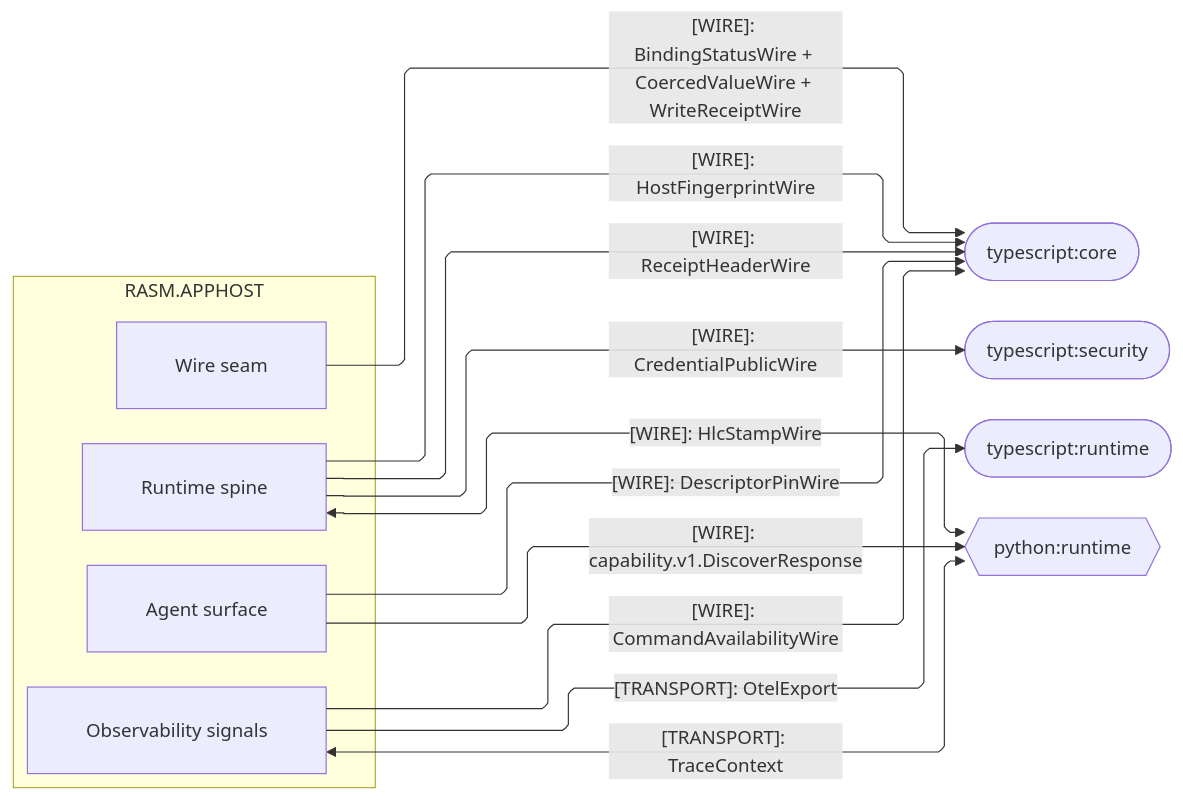
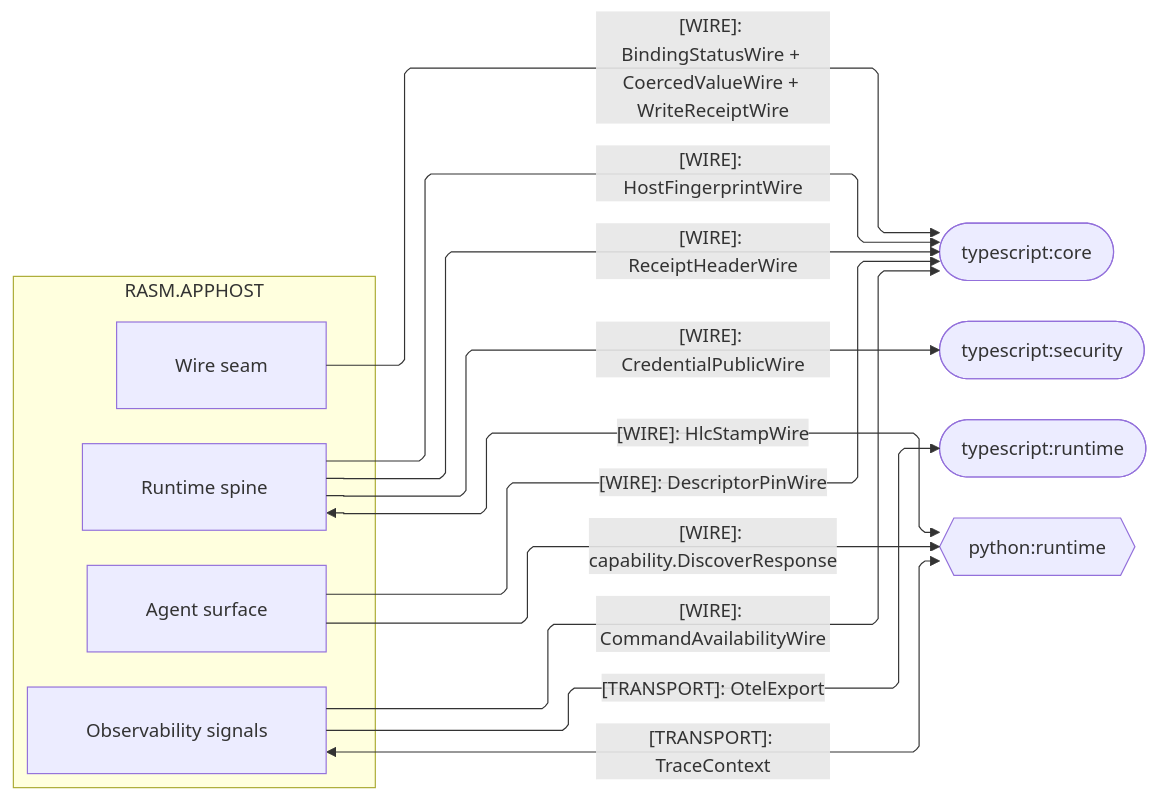
The second of 4 diagrams in libs/csharp/Rasm.AppHost/ARCHITECTURE.md (bsamiee/Rasm), drawn with Mermaid before and after one commit. The commit also changed 640 other files, not shown here.

````diff
--- a/libs/csharp/Rasm.AppHost/ARCHITECTURE.md
+++ b/libs/csharp/Rasm.AppHost/ARCHITECTURE.md
@@ -122,32 +122,32 @@
 ```mermaid
 ---
 config:
   layout: elk
   flowchart:
     curve: linear
     padding: 25
 ---
 flowchart LR
     accTitle: AppHost cross-runtime wire seams
     accDescr: Which kinded wires, content keys, and transport cross between AppHost and the TypeScript core, security, runtime, and Python peers.
     subgraph apphost[RASM.APPHOST]
         Agent[Agent surface]
         Runtime[Runtime spine]
         Wire[Wire seam]
         Observability[Observability signals]
     end
     Core([typescript:core])
     TsSecurity([typescript:security])
     TsRuntime([typescript:runtime])
     PyRuntime{{python:runtime}}
     Agent e1@-->|"[WIRE]: DescriptorPinWire"| Core
     Runtime e2@-->|"[WIRE]: ReceiptHeaderWire"| Core
     Observability e3@-->|"[WIRE]: CommandAvailabilityWire"| Core
     Wire e4@-->|"[WIRE]: BindingStatusWire + CoercedValueWire + WriteReceiptWire"| Core
     Runtime e5@-->|"[WIRE]: HostFingerprintWire"| Core
     Observability e6@-->|"[TRANSPORT]: OtelExport"| TsRuntime
-    Agent e7@-->|"[WIRE]: capability.v1.DiscoverResponse"| PyRuntime
+    Agent e7@-->|"[WIRE]: capability.DiscoverResponse"| PyRuntime
     Observability e8@<-->|"[TRANSPORT]: TraceContext"| PyRuntime
     Runtime e9@<-->|"[WIRE]: HlcStampWire"| PyRuntime
     Runtime e10@-->|"[WIRE]: CredentialPublicWire"| TsSecurity
 ```
````
